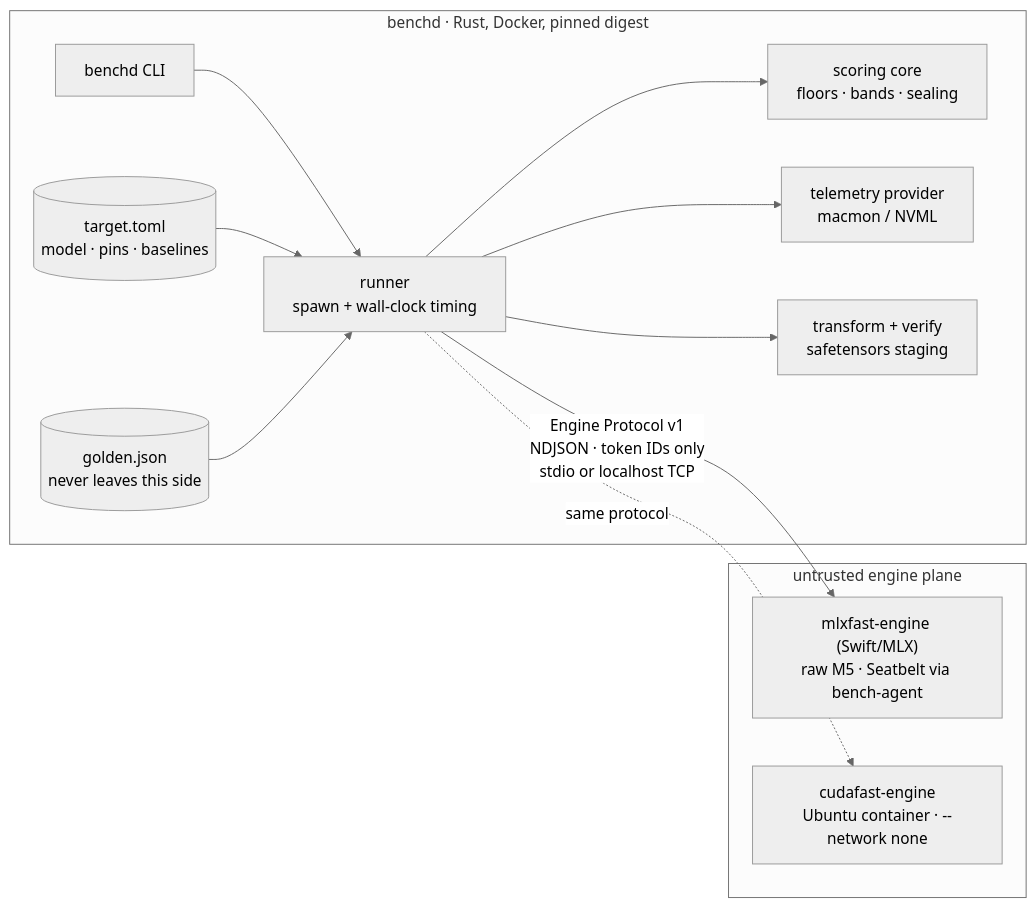
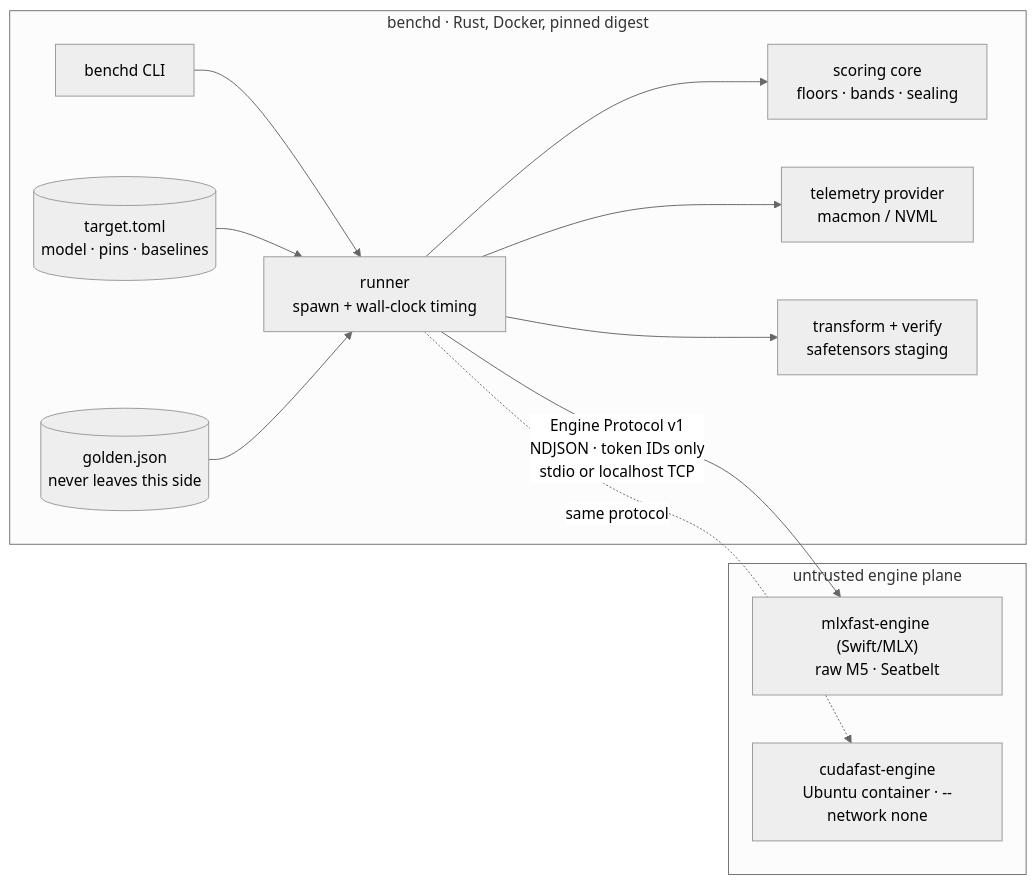
One commit to Layr-Labs/mlxfast-bench changed the second of 2 diagrams in docs/architecture.md. Above: the diagram before and after it, drawn with Mermaid (neutral theme). The commit also changed other lines of this file and 20 other files, not shown here.

Commit message:
mlxfast-bench: public source snapshot

````diff
--- a/docs/architecture.md
+++ b/docs/architecture.md
@@ -102,17 +102,17 @@
 ```mermaid
 flowchart LR
     subgraph TRUSTED ["benchd · Rust, Docker, pinned digest"]
         CLI[benchd CLI] --> RUN[runner<br/>spawn + wall-clock timing]
         RUN --> SCORE[scoring core<br/>floors · bands · sealing]
         RUN --> TEL[telemetry provider<br/>macmon / NVML]
         RUN --> XFORM[transform + verify<br/>safetensors staging]
         CFG[(target.toml<br/>model · pins · baselines)] --> RUN
         GOLD[(golden.json<br/>never leaves this side)] --> RUN
     end
     RUN -- "Engine Protocol v1<br/>NDJSON · token IDs only<br/>stdio or localhost TCP" --> E1
     RUN -. same protocol .-> E2
     subgraph ENGINES ["untrusted engine plane"]
-        E1["mlxfast-engine (Swift/MLX)<br/>raw M5 · Seatbelt via bench-agent"]
+        E1["mlxfast-engine (Swift/MLX)<br/>raw M5 · Seatbelt"]
         E2["cudafast-engine<br/>Ubuntu container · --network none"]
     end
 ```
````
